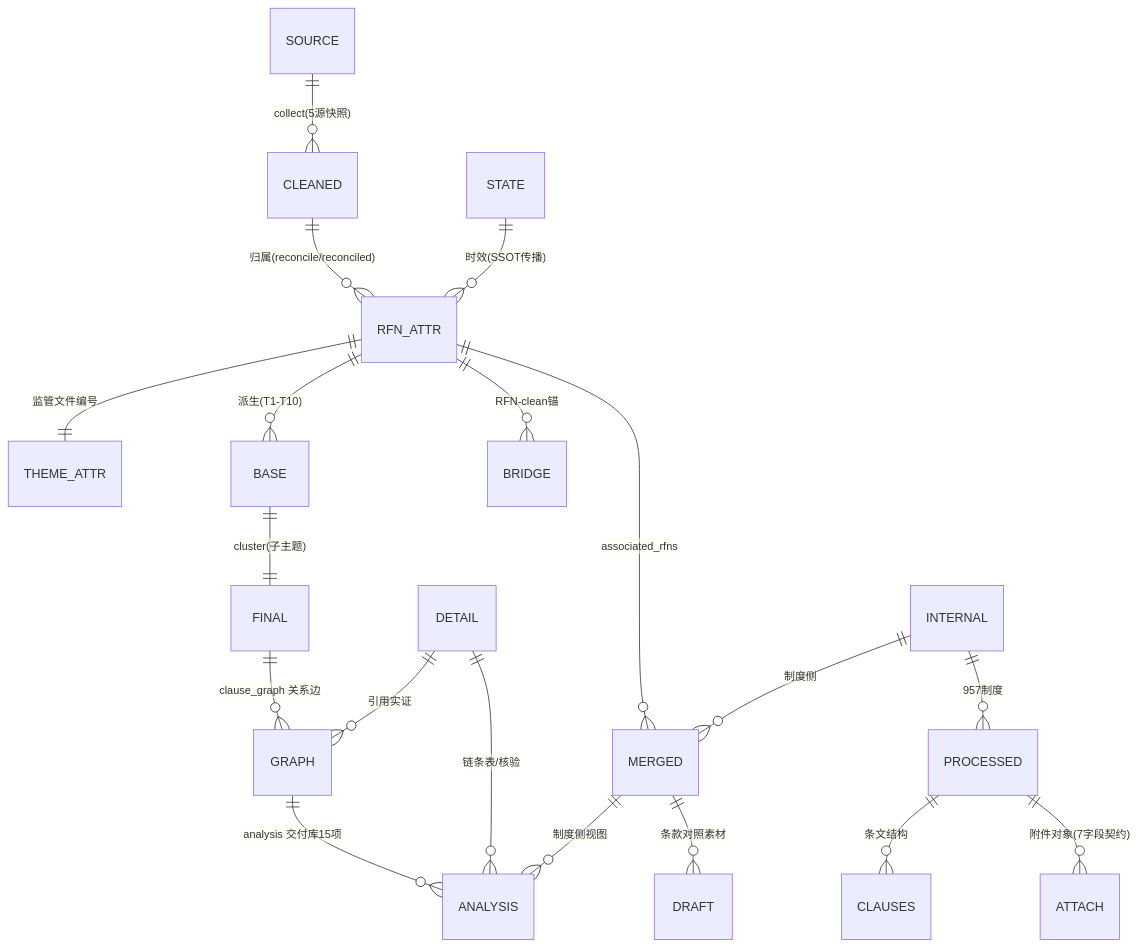
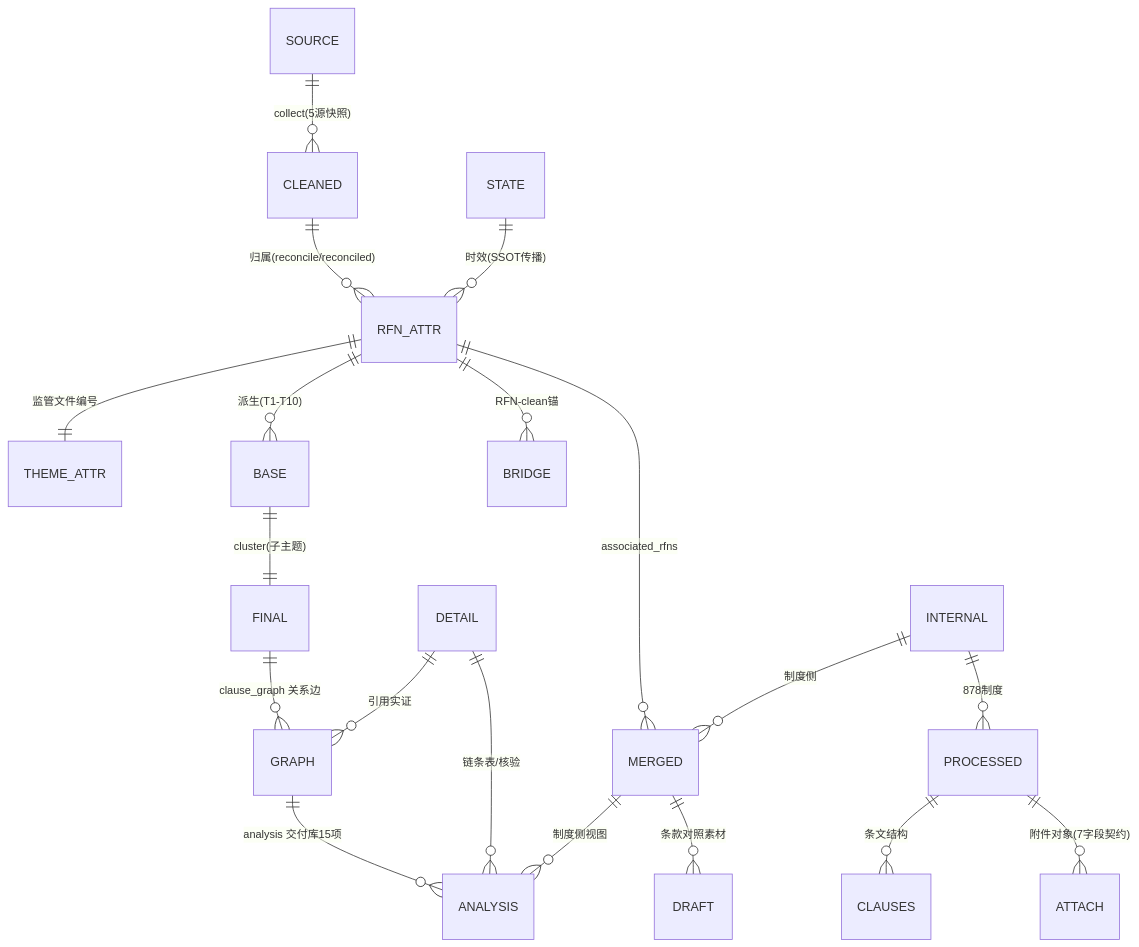
One commit to wangtierui/orchestrator changed the first of 2 diagrams in README.md. Above: the diagram before and after it, drawn with Mermaid. The commit also changed other lines of this file and 14 other files, not shown here.

````diff
--- a/README.md
+++ b/README.md
@@ -116,21 +116,21 @@
 ```mermaid
 erDiagram
     SOURCE ||--o{ CLEANED : "collect(5源快照)"
     CLEANED ||--o{ RFN_ATTR : "归属(reconcile/reconciled)"
     RFN_ATTR ||--|| THEME_ATTR : "监管文件编号"
     RFN_ATTR ||--o{ BASE : "派生(T1-T10)"
     BASE ||--|| FINAL : "cluster(子主题)"
     RFN_ATTR ||--o{ BRIDGE : "RFN-clean锚"
     STATE ||--o{ RFN_ATTR : "时效(SSOT传播)"
-    INTERNAL ||--o{ PROCESSED : "957制度"
+    INTERNAL ||--o{ PROCESSED : "878制度"
     PROCESSED ||--o{ CLAUSES : "条文结构"
     PROCESSED ||--o{ ATTACH : "附件对象(7字段契约)"
     RFN_ATTR ||--o{ MERGED : "associated_rfns"
     INTERNAL ||--o{ MERGED : "制度侧"
     MERGED ||--o{ DRAFT : "条款对照素材"
     FINAL ||--o{ GRAPH : "clause_graph 关系边"
     DETAIL ||--o{ GRAPH : "引用实证"
     GRAPH ||--o{ ANALYSIS : "analysis 交付库15项"
     DETAIL ||--o{ ANALYSIS : "链条表/核验"
     MERGED ||--o{ ANALYSIS : "制度侧视图"
 ```
````
